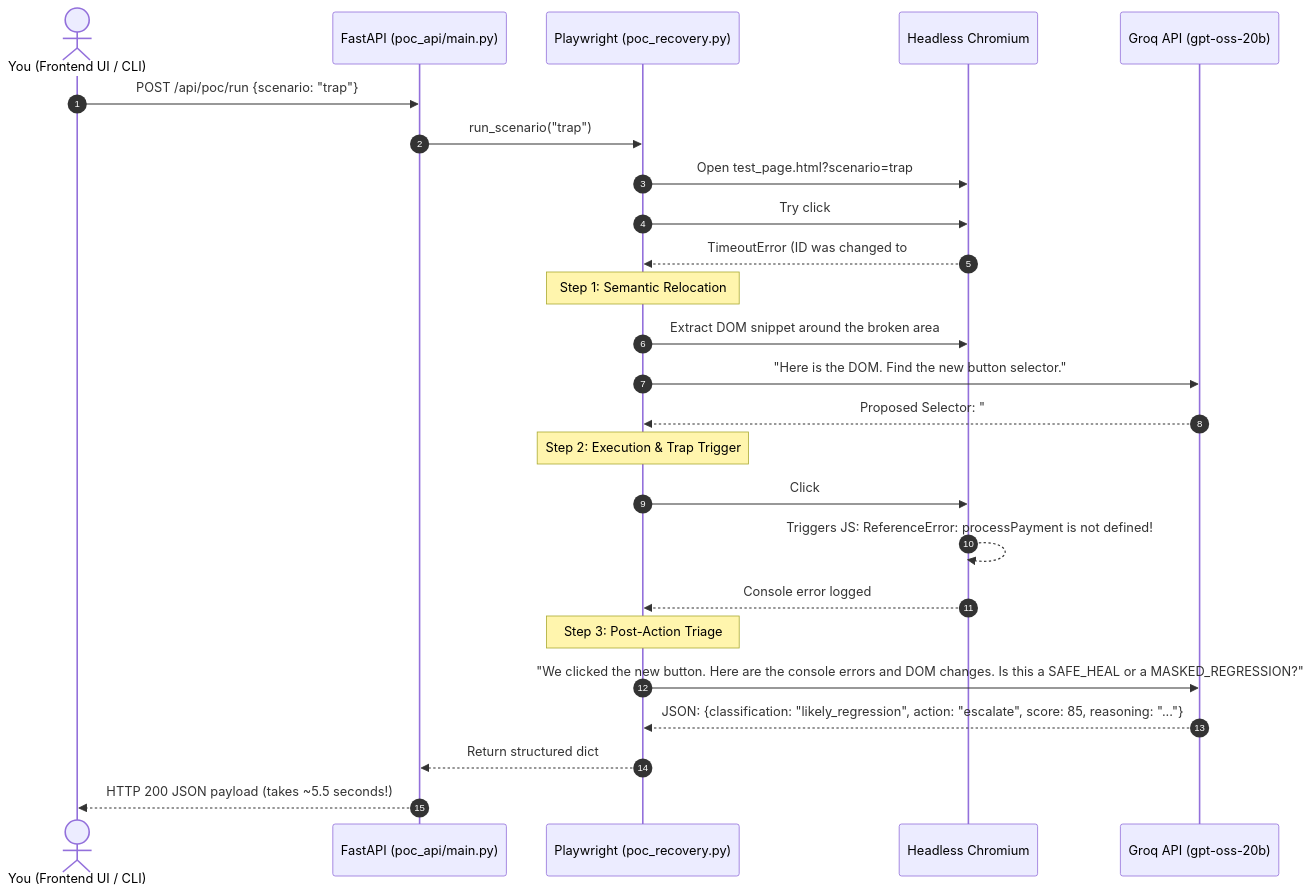
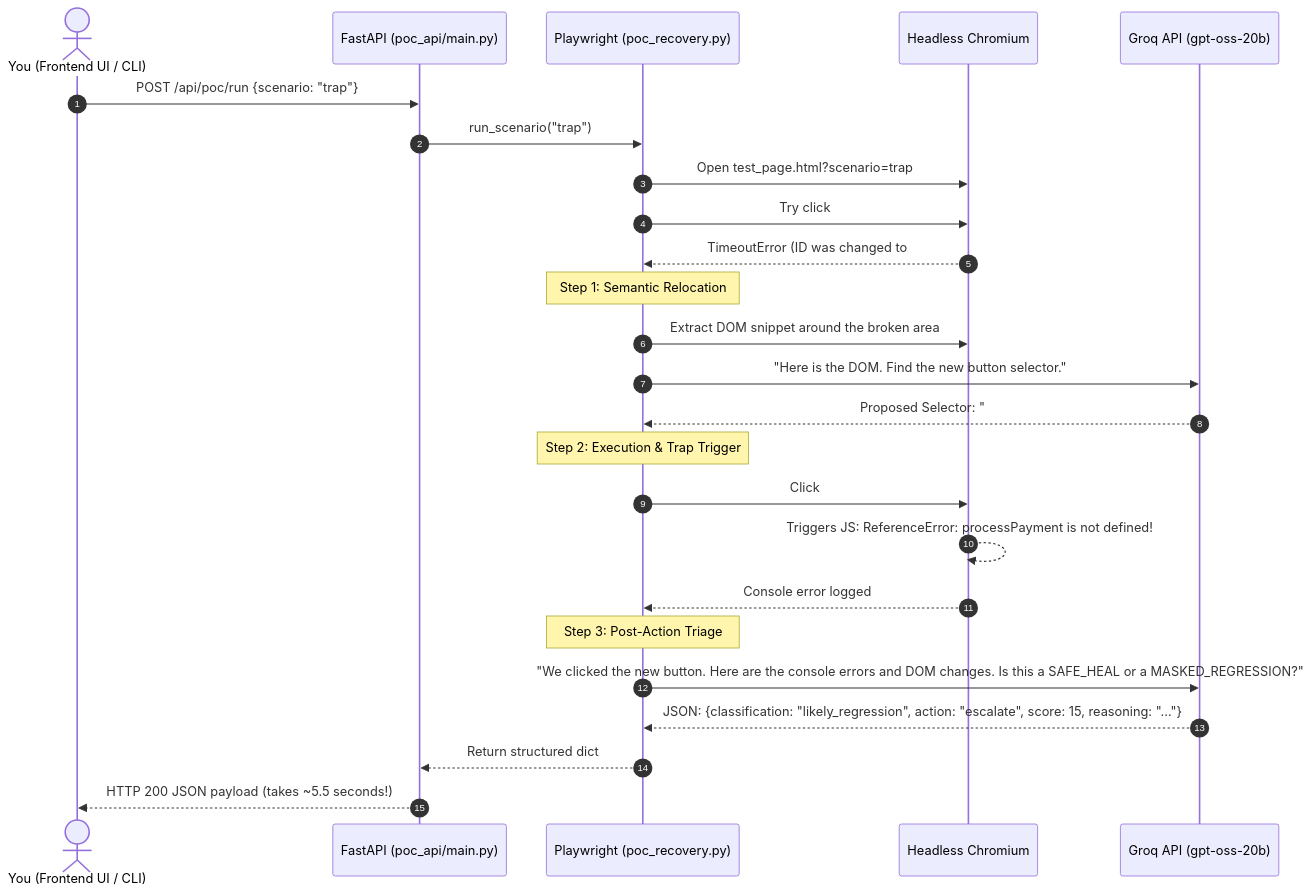
The diagram in docs/PROJECT_EXPLAINER_AND_DEFENSE_GUIDE.md (taimoorahmadx/TriageCore), drawn with Mermaid before and after one commit. The commit also changed other lines of this file and 6 other files, not shown here.

````diff
--- a/docs/PROJECT_EXPLAINER_AND_DEFENSE_GUIDE.md
+++ b/docs/PROJECT_EXPLAINER_AND_DEFENSE_GUIDE.md
@@ -147,32 +147,32 @@
 ```mermaid
 sequenceDiagram
     autonumber
     actor User as You (Frontend UI / CLI)
     participant API as FastAPI (poc_api/main.py)
     participant Runner as Playwright (poc_recovery.py)
     participant Browser as Headless Chromium
     participant LLM as Groq API (gpt-oss-20b)
     
     User->>API: POST /api/poc/run {scenario: "trap"}
     API->>Runner: run_scenario("trap")
     Runner->>Browser: Open test_page.html?scenario=trap
     Runner->>Browser: Try click #submit-btn
     Browser-->>Runner: TimeoutError (ID was changed to #order-btn-primary!)
     
     Note over Runner: Step 1: Semantic Relocation
     Runner->>Browser: Extract DOM snippet around the broken area
     Runner->>LLM: "Here is the DOM. Find the new button selector."
     LLM-->>Runner: Proposed Selector: "#order-btn-primary"
     
     Note over Runner: Step 2: Execution & Trap Trigger
     Runner->>Browser: Click #order-btn-primary
     Browser-->>Browser: Triggers JS: ReferenceError: processPayment is not defined!
     Browser-->>Runner: Console error logged
     
     Note over Runner: Step 3: Post-Action Triage
     Runner->>LLM: "We clicked the new button. Here are the console errors and DOM changes. Is this a SAFE_HEAL or a MASKED_REGRESSION?"
-    LLM-->>Runner: JSON: {classification: "likely_regression", action: "escalate", score: 85, reasoning: "..."}
+    LLM-->>Runner: JSON: {classification: "likely_regression", action: "escalate", score: 15, reasoning: "..."}
     
     Runner-->>API: Return structured dict
     API-->>User: HTTP 200 JSON payload (takes ~5.5 seconds!)
 ```
````
